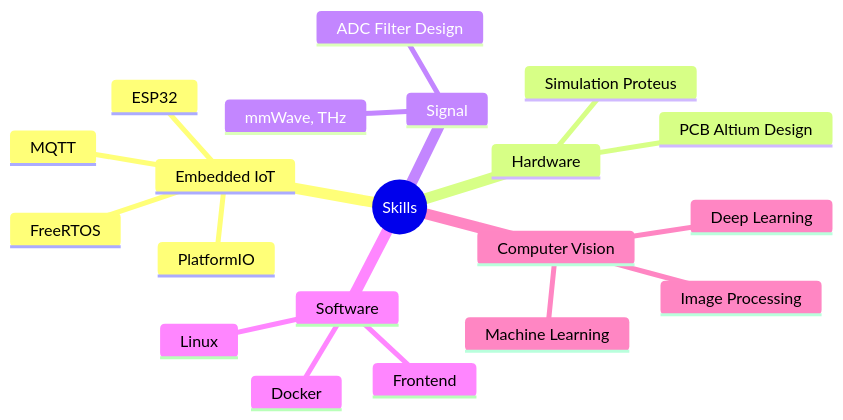
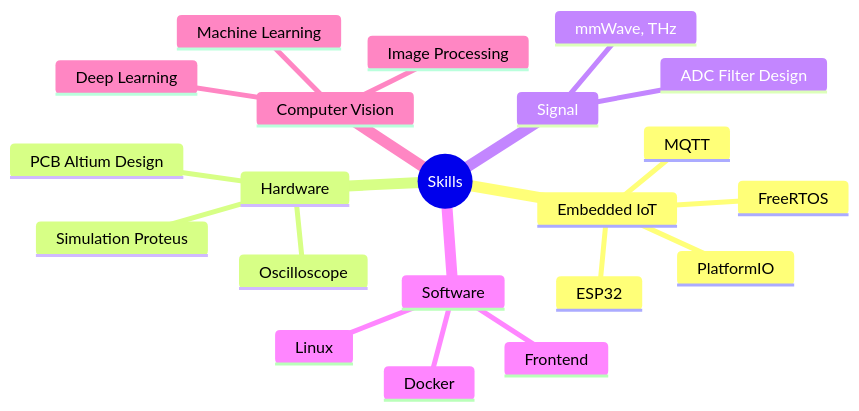
The diagram in README.md (bathanh0309/bathanh0309), drawn with Mermaid before and after one commit.

````diff
--- a/README.md
+++ b/README.md
@@ -139,23 +139,24 @@
 ```mermaid
 mindmap
   root((Skills))
     Embedded IoT
       MQTT
       ESP32
       FreeRTOS
       PlatformIO
     Hardware
       Simulation Proteus
       PCB Altium Design
+      Oscilloscope
     Signal
       mmWave, THz
       ADC Filter Design
     Software
       Linux
       Docker
       Frontend
     Computer Vision
       Machine Learning
       Deep Learning
       Image Processing
 ```
````
